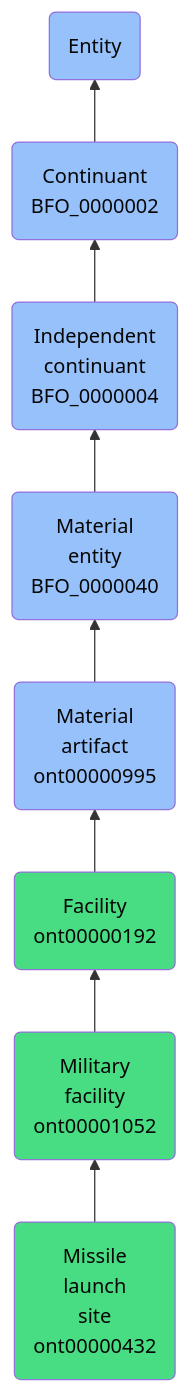
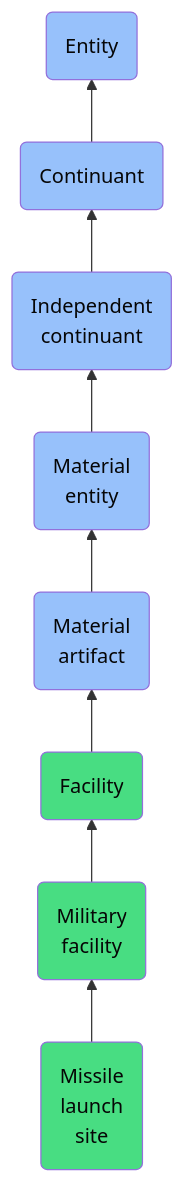
One commit to jupyter-naas/abi changed the diagram in docs/ontology/reference/model/Entity/Continuant/Independent continuant/Material entity/Material artifact/Facility/Military facility/Missile launch site/Missile launch site.md. Above: the diagram before and after it, drawn with Mermaid. The commit also changed other lines of this file and 1430 other files, not shown here.

````diff
--- a/docs/ontology/reference/model/Entity/Continuant/Independent continuant/Material entity/Material artifact/Facility/Military facility/Missile launch site/Missile launch site.md
+++ b/docs/ontology/reference/model/Entity/Continuant/Independent continuant/Material entity/Material artifact/Facility/Military facility/Missile launch site/Missile launch site.md
@@ -24,15 +24,15 @@
 ```mermaid
 graph BT
-    ont00000432(Missile<br>launch<br>site<br>ont00000432):::ABI-->ont00001052
-    ont00001052(Military<br>facility<br>ont00001052):::ABI-->ont00000192
-    ont00000192(Facility<br>ont00000192):::ABI-->ont00000995
-    ont00000995(Material<br>artifact<br>ont00000995):::BFO-->BFO_0000040
-    BFO_0000040(Material<br>entity<br>BFO_0000040):::BFO-->BFO_0000004
-    BFO_0000004(Independent<br>continuant<br>BFO_0000004):::BFO-->BFO_0000002
-    BFO_0000002(Continuant<br>BFO_0000002):::BFO-->BFO_0000001
+    ont00000432(Missile<br>launch<br>site):::ABI-->ont00001052
+    ont00001052(Military<br>facility):::ABI-->ont00000192
+    ont00000192(Facility):::ABI-->ont00000995
+    ont00000995(Material<br>artifact):::BFO-->BFO_0000040
+    BFO_0000040(Material<br>entity):::BFO-->BFO_0000004
+    BFO_0000004(Independent<br>continuant):::BFO-->BFO_0000002
+    BFO_0000002(Continuant):::BFO-->BFO_0000001
     BFO_0000001(Entity):::BFO
     
     classDef BFO fill:#97c1fb,color:#060606
     classDef CCO fill:#e4c51e,color:#060606
     classDef ABI fill:#48DD82,color:#060606
 ```
````
